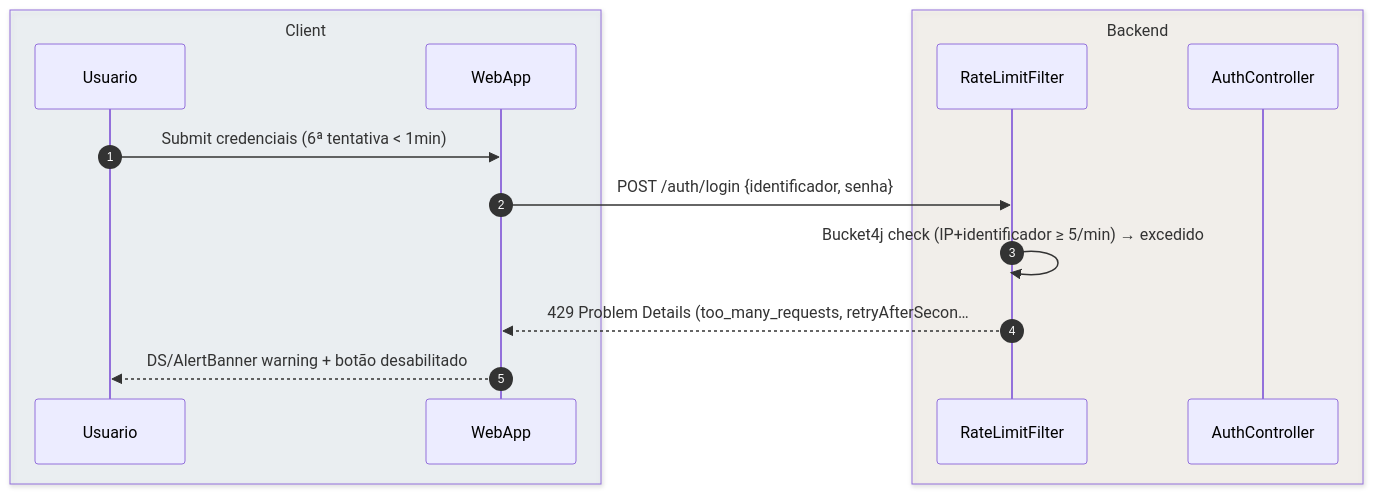
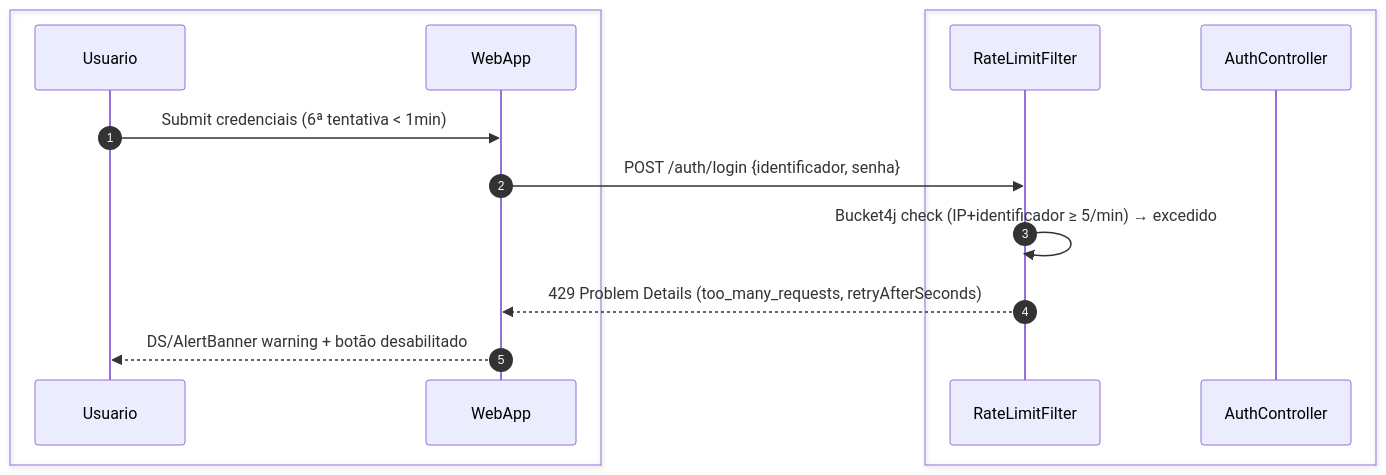
Before and after one commit to umishell/secretariaOnline2: the fourth of 6 diagrams in foundationDocs/sequenceDiagrams/F0 — Público/US-F0-001-LOGIN.md, drawn with Mermaid. The commit also changed other lines of this file and 70 other files, not shown here.

First line of the commit message:
Enhance database documentation and introduce new schema files

````diff
--- a/foundationDocs/sequenceDiagrams/F0 — Público/US-F0-001-LOGIN.md
+++ b/foundationDocs/sequenceDiagrams/F0 — Público/US-F0-001-LOGIN.md
@@ -175,18 +175,18 @@
 ```mermaid
 sequenceDiagram
     autonumber
-    box rgba(230,245,255,0.3) Client
+    box #e8f4fc Cliente
         participant Usuario
         participant WebApp
     end
-    box rgba(255,245,230,0.3) Backend
+    box #fff8ee Servidor
         participant RL as RateLimitFilter
         participant AC as AuthController
     end
 
     Usuario->>WebApp: Submit credenciais (6ª tentativa < 1min)
     WebApp->>RL: POST /auth/login {identificador, senha}
     RL->>RL: Bucket4j check (IP+identificador ≥ 5/min) → excedido
-    RL-->>WebApp: 429 Problem Details (too_many_requests, retryAfterSecon…
+    RL-->>WebApp: 429 Problem Details (too_many_requests, retryAfterSeconds)
     WebApp-->>Usuario: DS/AlertBanner warning + botão desabilitado
 ```
````
